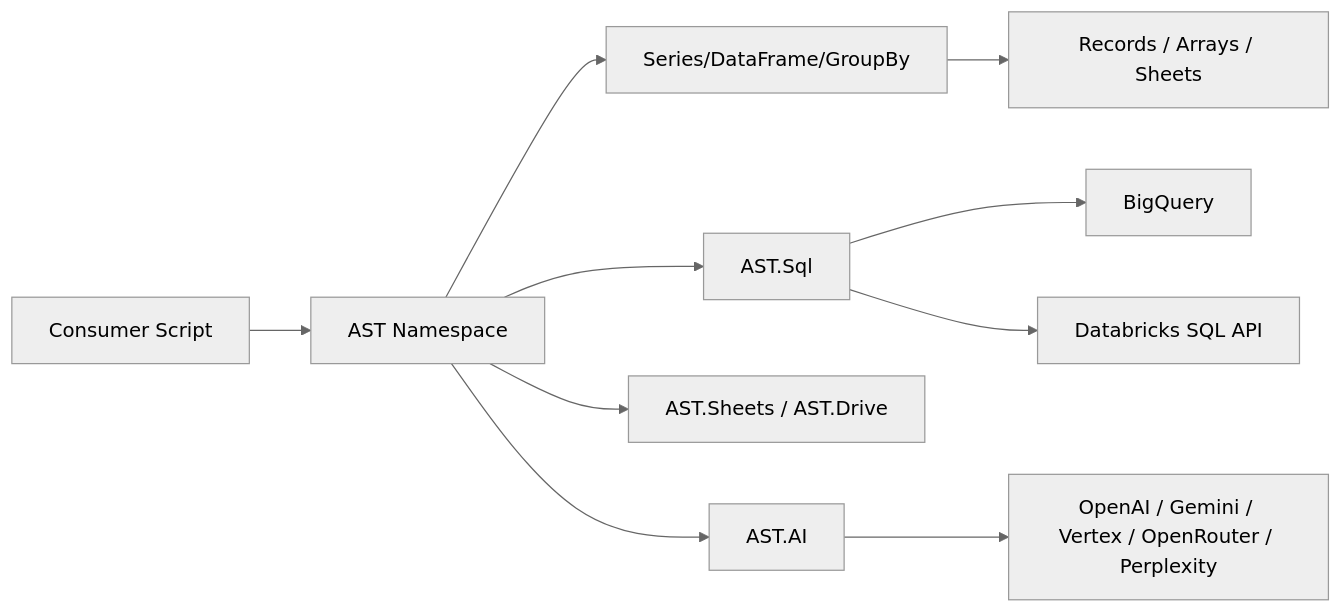
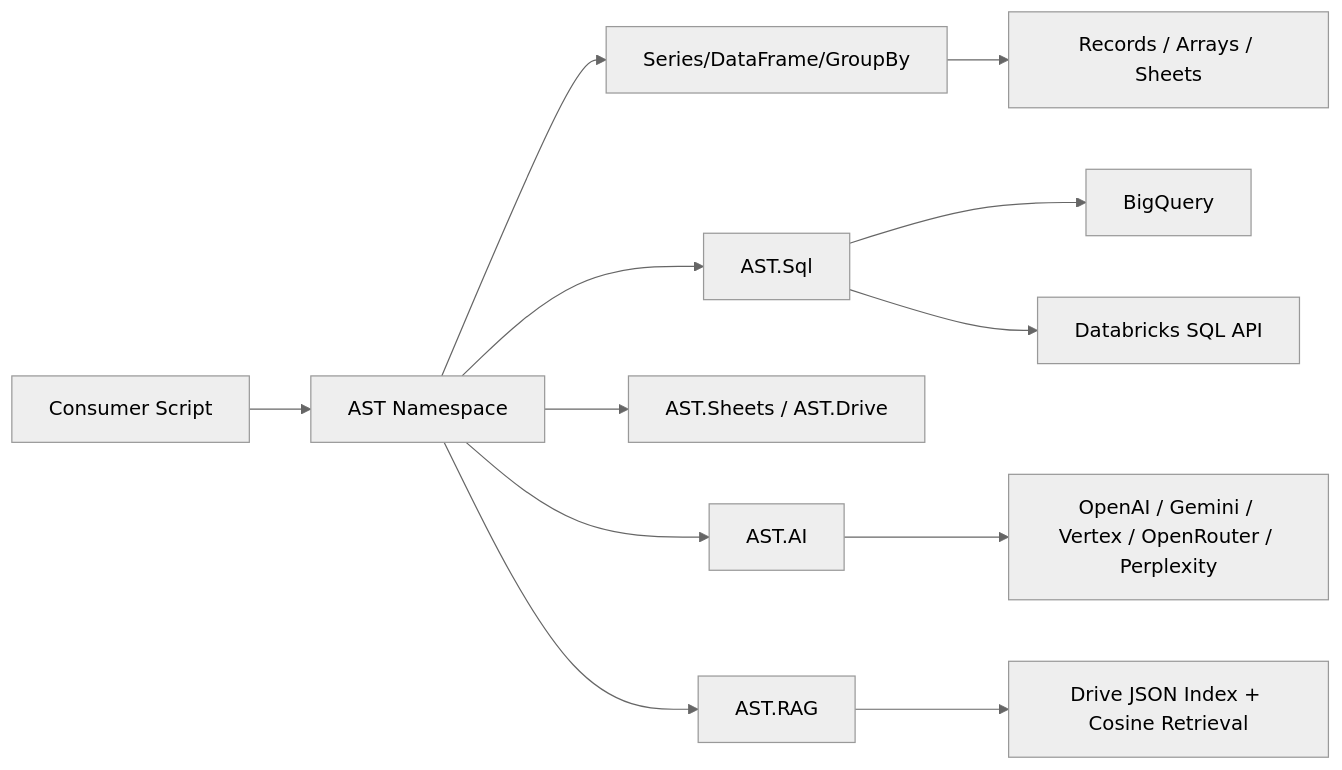
One commit to joe-broadhead/apps-script-tools changed the diagram in docs/index.md. Above: the diagram before and after it, drawn with Mermaid (neutral theme). The commit also changed other lines of this file and 47 other files, not shown here.

Commit message:
Add AST.RAG module with Drive indexing, retrieval, and grounding

````diff
--- a/docs/index.md
+++ b/docs/index.md
@@ -26,12 +27,14 @@
 ```mermaid
 flowchart LR
     A[Consumer Script] --> B[AST Namespace]
     B --> C[Series/DataFrame/GroupBy]
     B --> D[AST.Sql]
     B --> E[AST.Sheets / AST.Drive]
     B --> I[AST.AI]
+    B --> K[AST.RAG]
     D --> F[BigQuery]
     D --> G[Databricks SQL API]
     I --> J[OpenAI / Gemini / Vertex / OpenRouter / Perplexity]
+    K --> L[Drive JSON Index + Cosine Retrieval]
     C --> H[Records / Arrays / Sheets]
 ```
````
